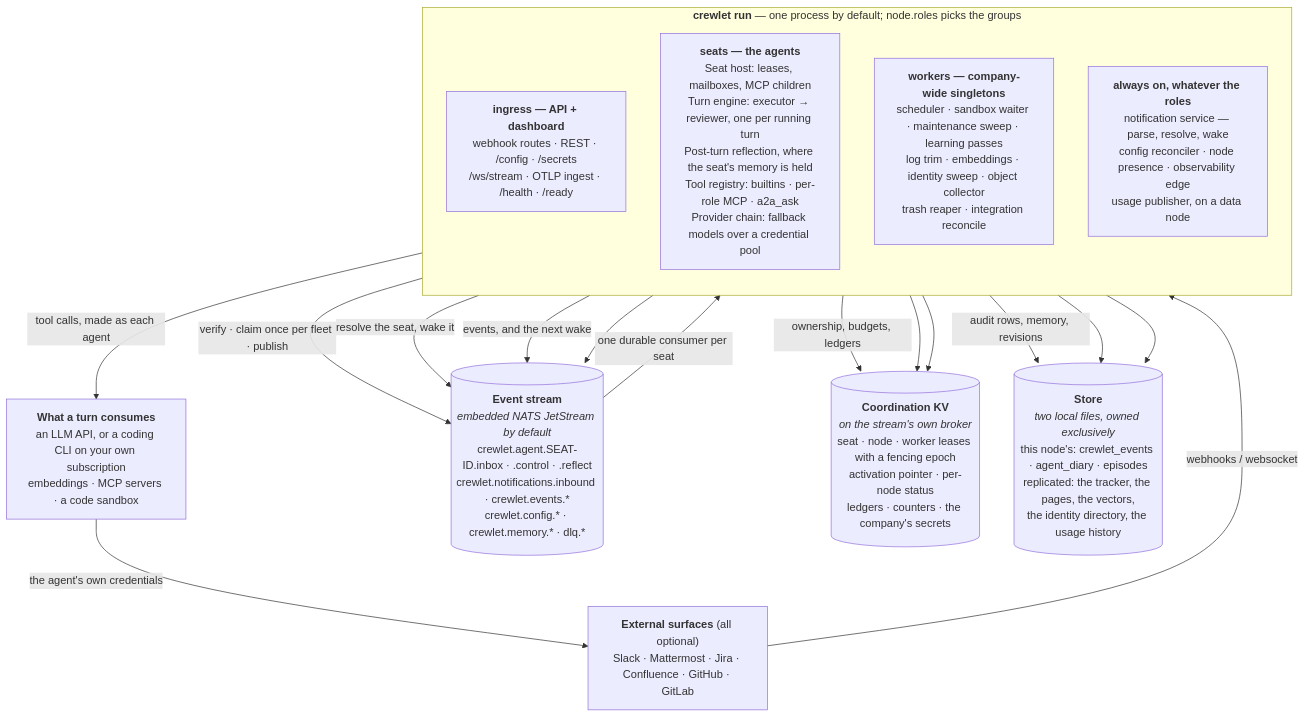
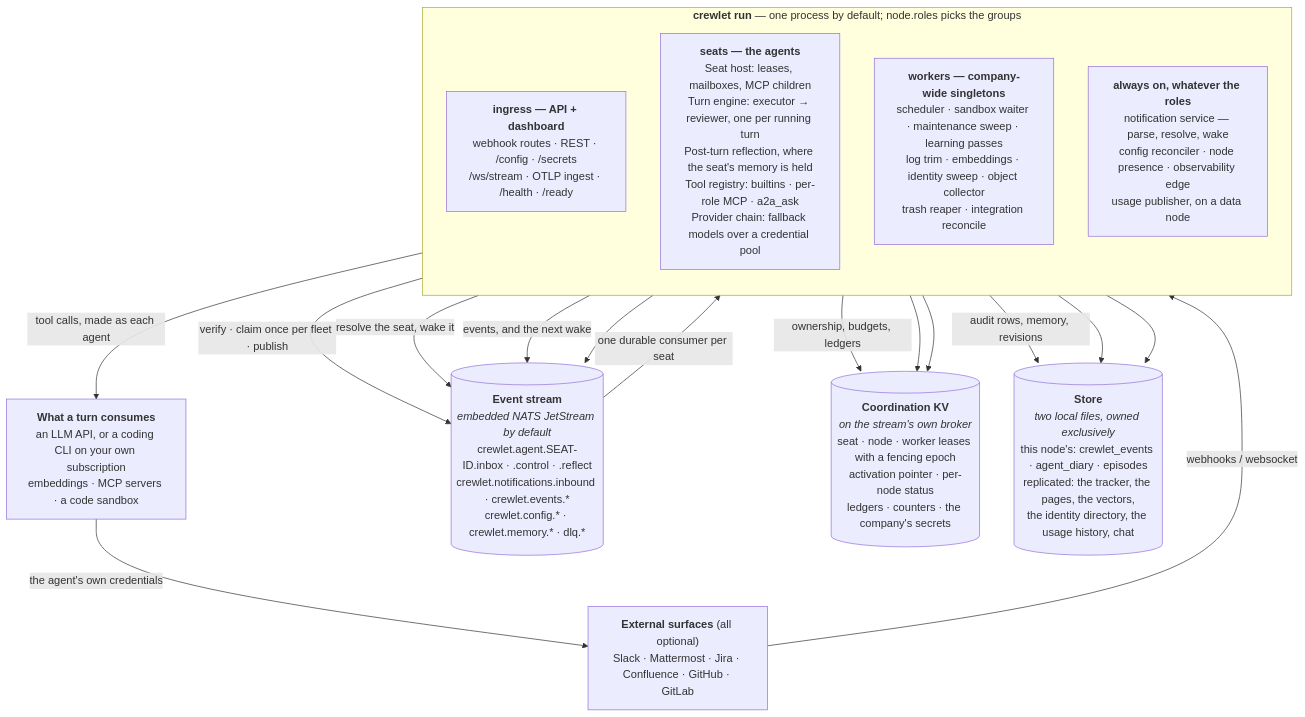
One commit to crewlet/crewlet changed the diagram in docs/concepts/overview.md. Above: the diagram before and after it, drawn with Mermaid. The commit also changed other lines of this file and 119 other files, not shown here.

````diff
--- a/docs/concepts/overview.md
+++ b/docs/concepts/overview.md
@@ -56,32 +56,32 @@
 ```mermaid
 flowchart TB
     EXT["<b>External surfaces</b> (all optional)<br/>Slack · Mattermost · Jira · Confluence · GitHub · GitLab"]
     SUPPLY["<b>What a turn consumes</b><br/>an LLM API, or a coding CLI on your own subscription<br/>embeddings · MCP servers · a code sandbox"]
 
     subgraph proc["<b>crewlet run</b> — one process by default; node.roles picks the groups"]
         direction TB
         API["<b>ingress — API + dashboard</b><br/>webhook routes · REST · /config · /secrets<br/>/ws/stream · OTLP ingest · /health · /ready"]
         SEAT["<b>seats — the agents</b><br/>Seat host: leases, mailboxes, MCP children<br/>Turn engine: executor → reviewer, one per running turn<br/>Post-turn reflection, where the seat's memory is held<br/>Tool registry: builtins · per-role MCP · a2a_ask<br/>Provider chain: fallback models over a credential pool"]
         DUTY["<b>workers — company-wide singletons</b><br/>scheduler · sandbox waiter · maintenance sweep · learning passes<br/>log trim · embeddings · identity sweep · object collector<br/>trash reaper · integration reconcile"]
         CORE["<b>always on, whatever the roles</b><br/>notification service — parse, resolve, wake<br/>config reconciler · node presence · observability edge<br/>usage publisher, on a data node"]
     end
 
     STREAM[("<b>Event stream</b><br/><i>embedded NATS JetStream by default</i><br/>crewlet.agent.SEAT-ID.inbox · .control · .reflect<br/>crewlet.notifications.inbound · crewlet.events.*<br/>crewlet.config.* · crewlet.memory.* · dlq.*")]
     KV[("<b>Coordination KV</b><br/><i>on the stream's own broker</i><br/>seat · node · worker leases with a fencing epoch<br/>activation pointer · per-node status<br/>ledgers · counters · the company's secrets")]
-    DB[("<b>Store</b><br/><i>two local files, owned exclusively</i><br/>this node's: crewlet_events · agent_diary · episodes<br/>replicated: the tracker, the pages, the vectors,<br/>the identity directory, the usage history")]
+    DB[("<b>Store</b><br/><i>two local files, owned exclusively</i><br/>this node's: crewlet_events · agent_diary · episodes<br/>replicated: the tracker, the pages, the vectors,<br/>the identity directory, the usage history, chat")]
 
     EXT -->|"webhooks / websocket"| API
     API -->|"verify · claim once per fleet · publish"| STREAM
     CORE -->|"resolve the seat, wake it"| STREAM
     STREAM -->|"one durable consumer per seat"| SEAT
     SEAT -->|"tool calls, made as each agent"| SUPPLY
     SUPPLY -->|"the agent's own credentials"| EXT
     SEAT -->|"events, and the next wake"| STREAM
     DUTY --> STREAM
     SEAT -->|"ownership, budgets, ledgers"| KV
     CORE --> KV
     DUTY --> KV
     SEAT -->|"audit rows, memory, revisions"| DB
     CORE --> DB
     API --> DB
 ```
````
